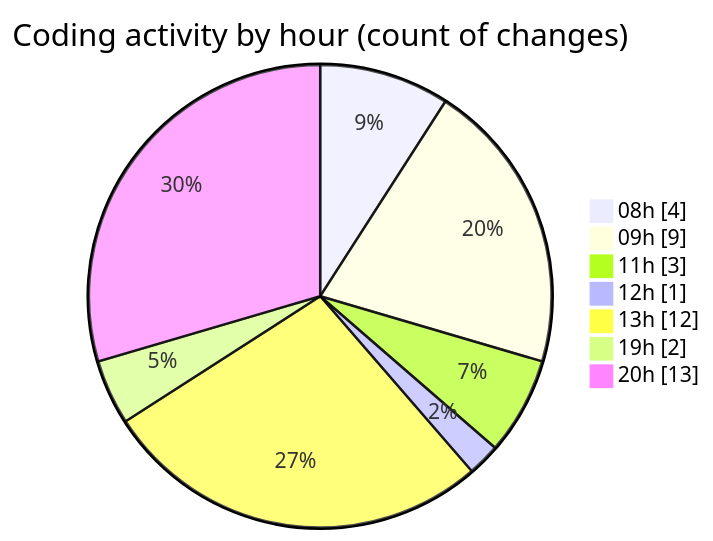
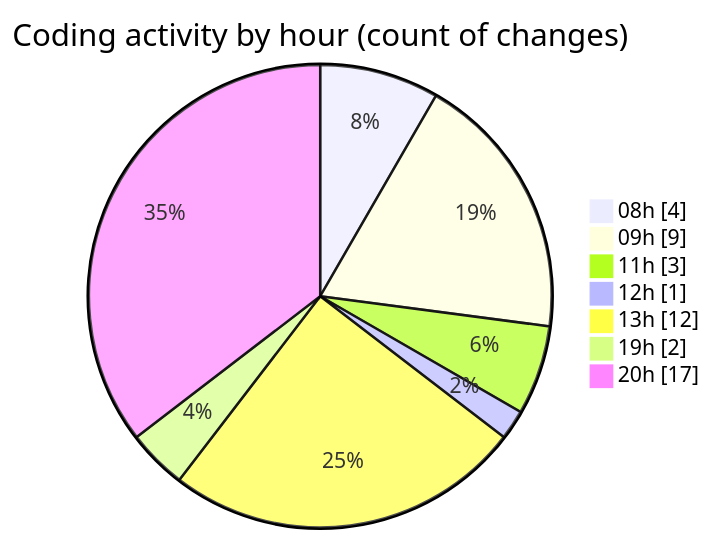
Before and after one commit to momahboobian/code-tracking: the second of 2 diagrams in 2025-05-07/samplepdf/README.md, drawn with Mermaid. The commit also changed other lines of this file and 1 other file, not shown here.

````diff
--- a/2025-05-07/samplepdf/README.md
+++ b/2025-05-07/samplepdf/README.md
@@ -37,11 +37,11 @@
 ```mermaid
 pie showData
 title Coding activity by hour (count of changes)
 "08h" : 4
 "09h" : 9
 "11h" : 3
 "12h" : 1
 "13h" : 12
 "19h" : 2
-"20h" : 13
+"20h" : 17
 ```
````
